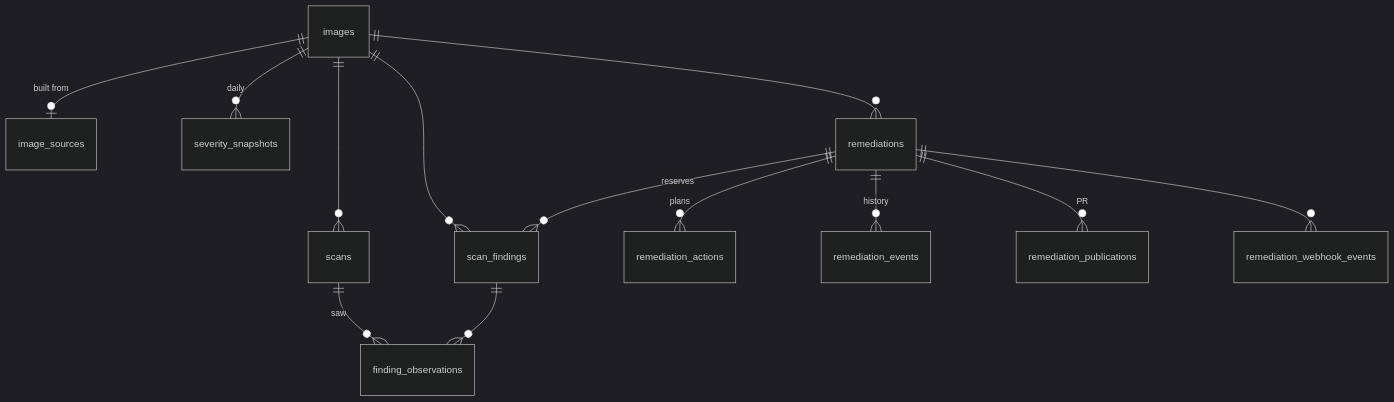
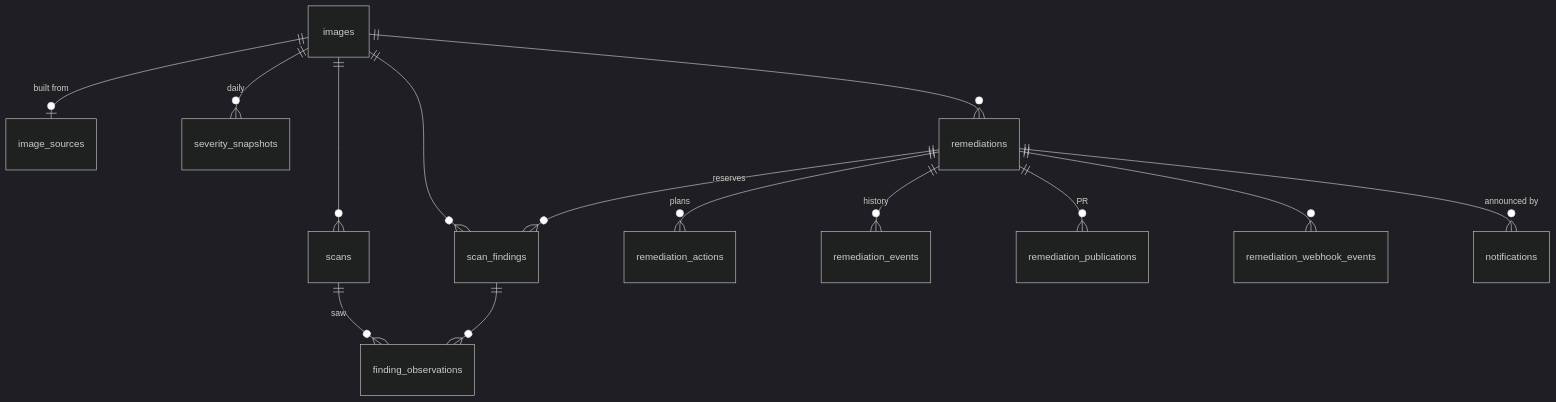
The third of 5 diagrams in docs/ARCHITECTURE.md (pespringer/scrutineering), drawn with Mermaid (dark theme) before and after one commit. The commit also changed other lines of this file and 22 other files, not shown here.

````diff
--- a/docs/ARCHITECTURE.md
+++ b/docs/ARCHITECTURE.md
@@ -77,15 +79,16 @@
 ```mermaid
 erDiagram
     images ||--o| image_sources : "built from"
     images ||--o{ scans : ""
     images ||--o{ scan_findings : ""
     scans ||--o{ finding_observations : "saw"
     scan_findings ||--o{ finding_observations : ""
     images ||--o{ severity_snapshots : "daily"
     images ||--o{ remediations : ""
     remediations ||--o{ scan_findings : "reserves"
     remediations ||--o{ remediation_actions : "plans"
     remediations ||--o{ remediation_events : "history"
     remediations ||--o{ remediation_publications : "PR"
     remediations ||--o{ remediation_webhook_events : ""
+    remediations ||--o{ notifications : "announced by"
 ```
````
